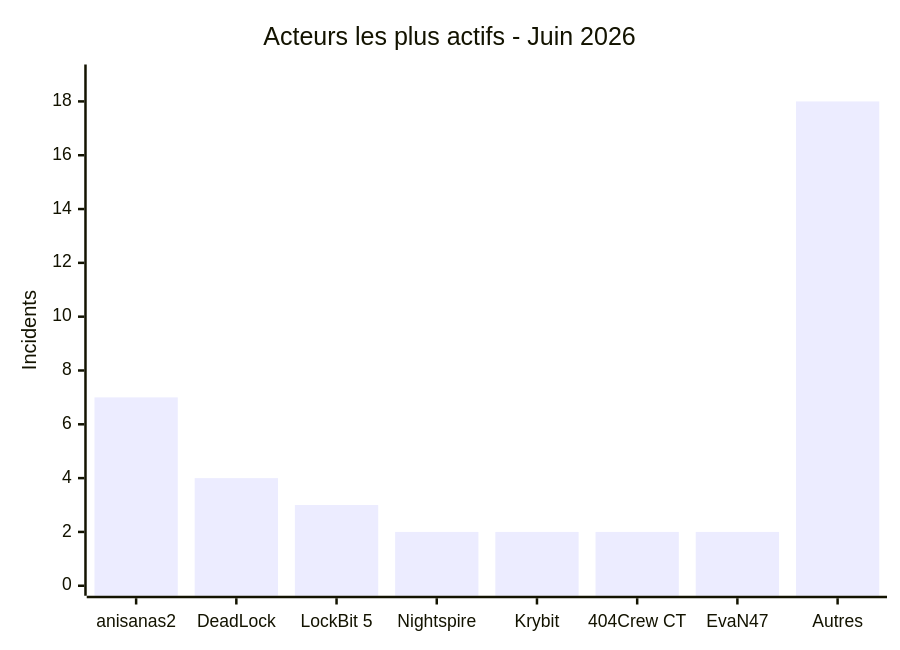
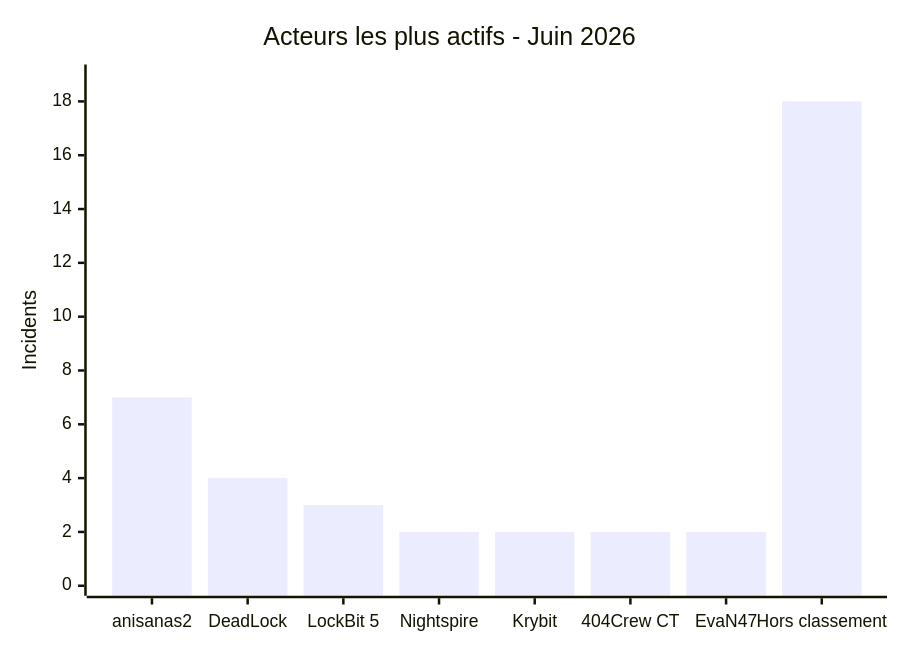
One commit to Hatchepsoute/AFRINTEL changed the seventh of 7 diagrams in statistics/2026/06-june/README_FR.md. Above: the diagram before and after it, drawn with Mermaid. The commit also changed other lines of this file and 39 other files, not shown here.

````diff
--- a/statistics/2026/06-june/README_FR.md
+++ b/statistics/2026/06-june/README_FR.md
@@ -229,7 +237,7 @@
 ```mermaid
 xychart-beta
     title "Acteurs les plus actifs - Juin 2026"
-    x-axis ["anisanas2","DeadLock","LockBit 5","Nightspire","Krybit","404Crew CT","EvaN47","Autres"]
+    x-axis ["anisanas2","DeadLock","LockBit 5","Nightspire","Krybit","404Crew CT","EvaN47","Hors classement"]
     y-axis "Incidents" 0 --> 19
     bar [7,4,3,2,2,2,2,18]
 ```
````
